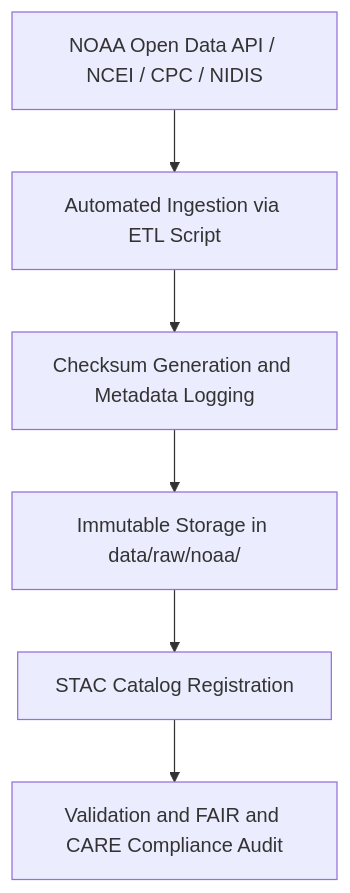
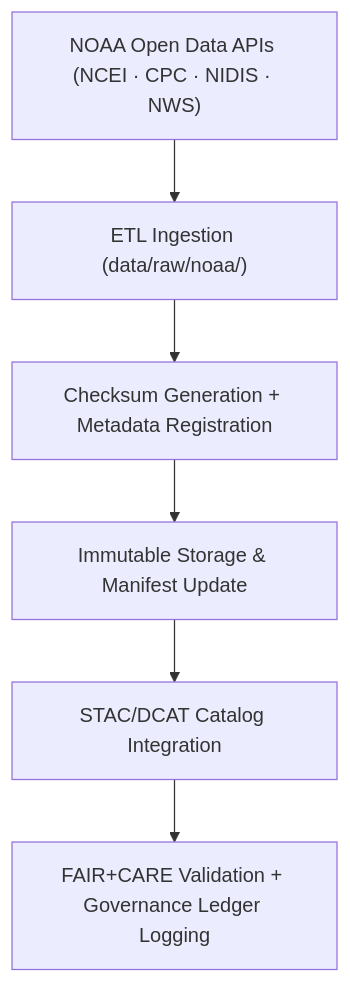
The diagram in data/raw/noaa/README.md (bartytime4life/Kansas-Frontier-Matrix), drawn with Mermaid before and after one commit. The commit also changed other lines of this file, not shown here.

First line of the commit message:
Update README for NOAA raw data repository

````diff
--- a/data/raw/noaa/README.md
+++ b/data/raw/noaa/README.md
@@ -72,8 +72,8 @@
 ```mermaid
 flowchart TD
-    A["NOAA Open Data API / NCEI / CPC / NIDIS"] --> B["Automated Ingestion via ETL Script"]
-    B --> C["Checksum Generation and Metadata Logging"]
-    C --> D["Immutable Storage in data/raw/noaa/"]
-    D --> E["STAC Catalog Registration"]
-    E --> F["Validation and FAIR and CARE Compliance Audit"]
+  A["NOAA Open Data APIs (NCEI · CPC · NIDIS · NWS)"] --> B["ETL Ingestion (data/raw/noaa/)"]
+  B --> C["Checksum Generation + Metadata Registration"]
+  C --> D["Immutable Storage & Manifest Update"]
+  D --> E["STAC/DCAT Catalog Integration"]
+  E --> F["FAIR+CARE Validation + Governance Ledger Logging"]
 ```
````
